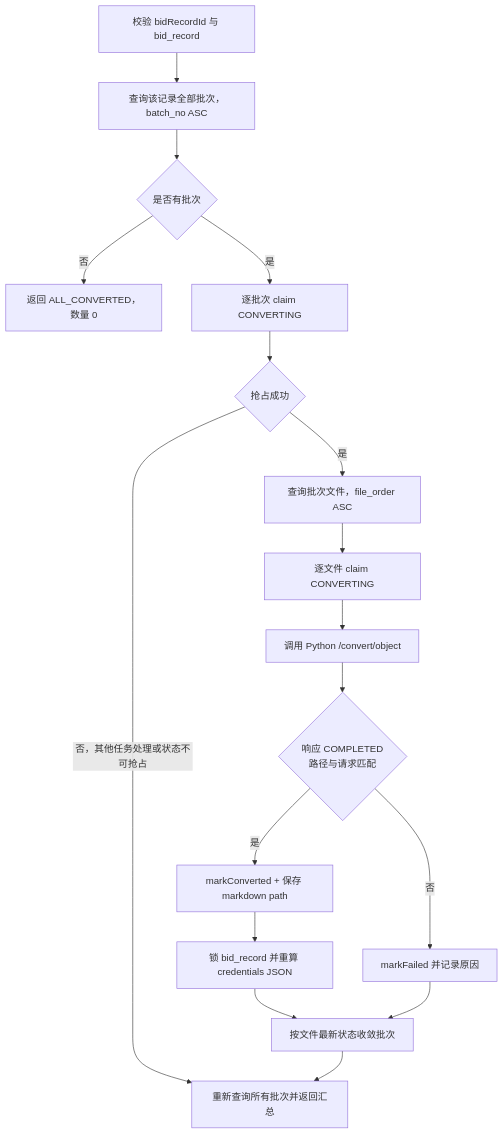
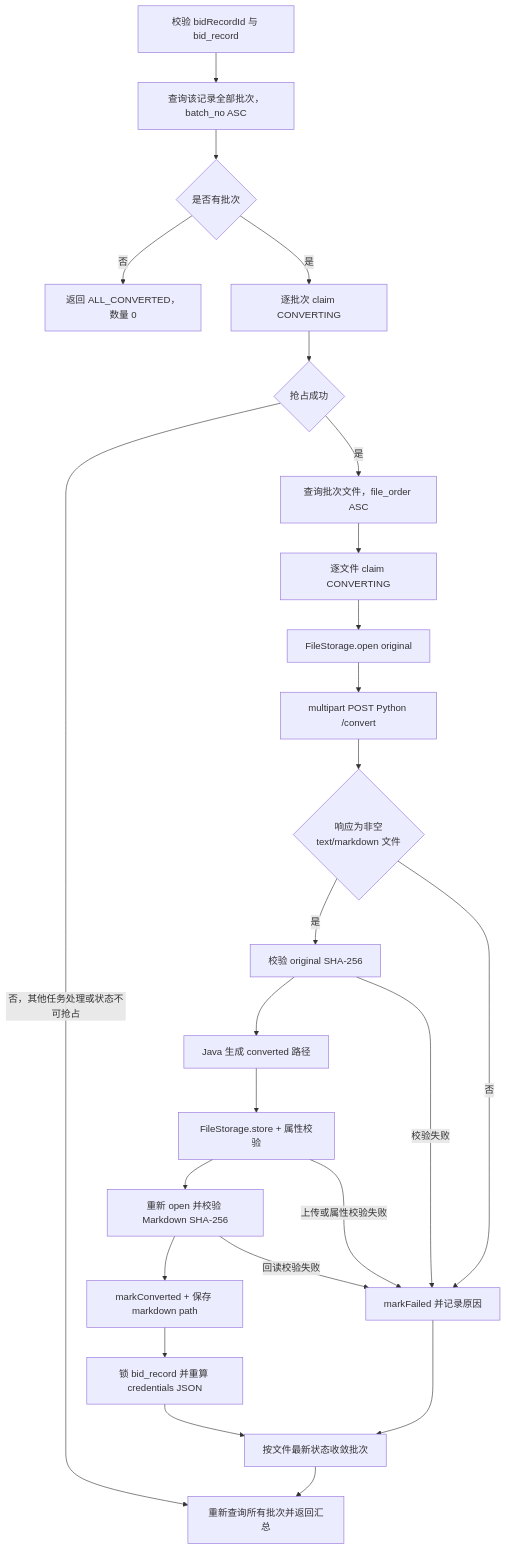
One commit to Jianshi-Lu/smart-bid-platform-be changed the tenth of 11 diagrams in docs/business-process.md. Above: the diagram before and after it, drawn with Mermaid. The commit also changed other lines of this file and 15 other files, not shown here.

First line of the commit message:
refactor(资信转换): 改为 Java 编排 multipart Markdown 转换

````diff
--- a/docs/business-process.md
+++ b/docs/business-process.md
@@ -417,27 +418,35 @@
 ```mermaid
 flowchart TD
     A["校验 bidRecordId 与 bid_record"]
     B["查询该记录全部批次，batch_no ASC"]
     C{"是否有批次"}
     D["返回 ALL_CONVERTED，数量 0"]
     E["逐批次 claim CONVERTING"]
     F{"抢占成功"}
     G["查询批次文件，file_order ASC"]
     H["逐文件 claim CONVERTING"]
-    I["调用 Python /convert/object"]
-    J{"响应 COMPLETED<br/>路径与请求匹配"}
-    K["markConverted + 保存 markdown path"]
-    L["锁 bid_record 并重算 credentials JSON"]
-    M["markFailed 并记录原因"]
-    N["按文件最新状态收敛批次"]
-    O["重新查询所有批次并返回汇总"]
+    I["FileStorage.open original"]
+    J["multipart POST Python /convert"]
+    K{"响应为非空<br/>text/markdown 文件"}
+    L["校验 original SHA-256"]
+    M["Java 生成 converted 路径"]
+    N["FileStorage.store + 属性校验"]
+    O["重新 open 并校验 Markdown SHA-256"]
+    P["markConverted + 保存 markdown path"]
+    Q["锁 bid_record 并重算 credentials JSON"]
+    R["markFailed 并记录原因"]
+    S["按文件最新状态收敛批次"]
+    T["重新查询所有批次并返回汇总"]
 
     A --> B --> C
     C -->|"否"| D
     C -->|"是"| E --> F
-    F -->|"否，其他任务处理或状态不可抢占"| O
-    F -->|"是"| G --> H --> I --> J
-    J -->|"是"| K --> L --> N
-    J -->|"否"| M --> N
-    N --> O
+    F -->|"否，其他任务处理或状态不可抢占"| T
+    F -->|"是"| G --> H --> I --> J --> K
+    K -->|"是"| L --> M --> N --> O --> P --> Q --> S
+    K -->|"否"| R --> S
+    L -->|"校验失败"| R
+    N -->|"上传或属性校验失败"| R
+    O -->|"回读校验失败"| R
+    S --> T
 ```
````
